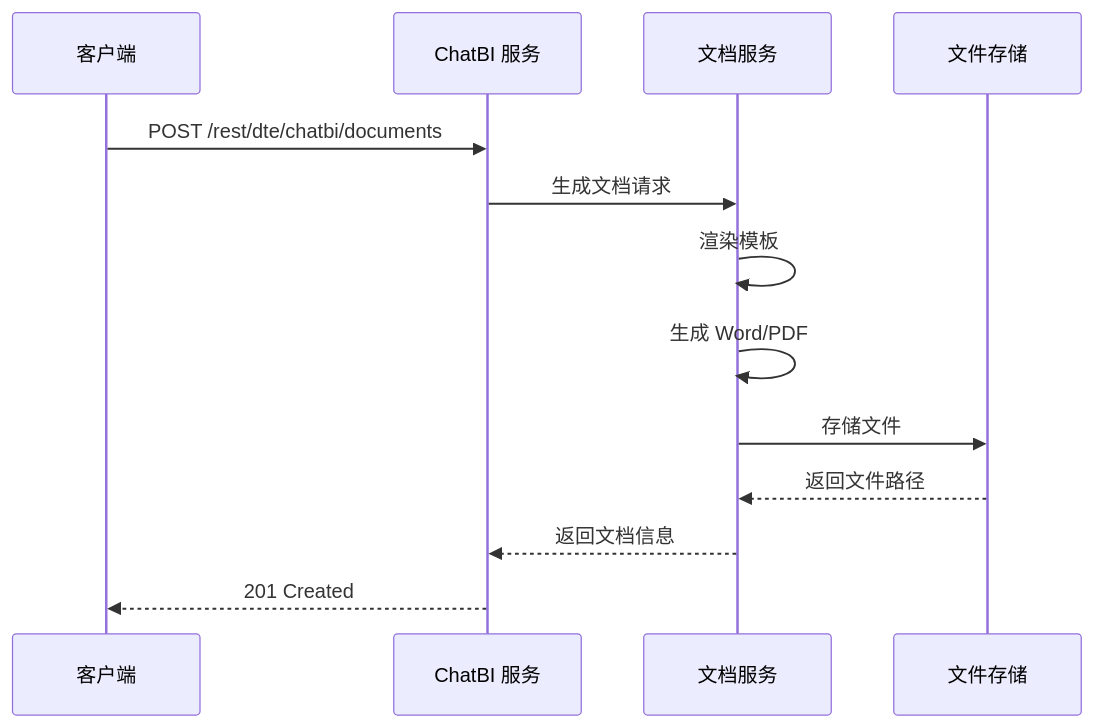
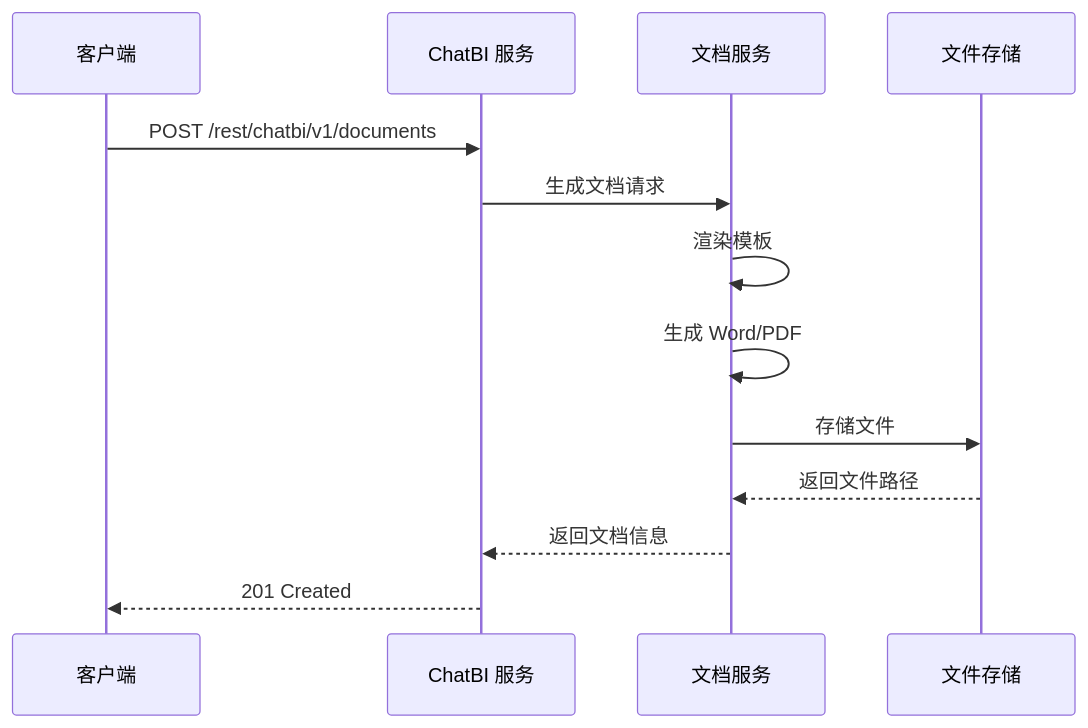
The third of 3 diagrams in design/design_api.md (shel447/ReportSystem), drawn with Mermaid before and after one commit. The commit also changed other lines of this file and 25 other files, not shown here.

````diff
--- a/design/design_api.md
+++ b/design/design_api.md
@@ -50,16 +50,16 @@
 ```mermaid
 sequenceDiagram
     participant Client as 客户端
     participant ChatBI as ChatBI 服务
     participant Doc as 文档服务
     participant HOFS as 文件存储
 
-    Client->>ChatBI: POST /rest/dte/chatbi/documents
+    Client->>ChatBI: POST /rest/chatbi/v1/documents
     ChatBI->>Doc: 生成文档请求
     Doc->>Doc: 渲染模板
     Doc->>Doc: 生成 Word/PDF
     Doc->>HOFS: 存储文件
     HOFS-->>Doc: 返回文件路径
     Doc-->>ChatBI: 返回文档信息
     ChatBI-->>Client: 201 Created
 ```
````
